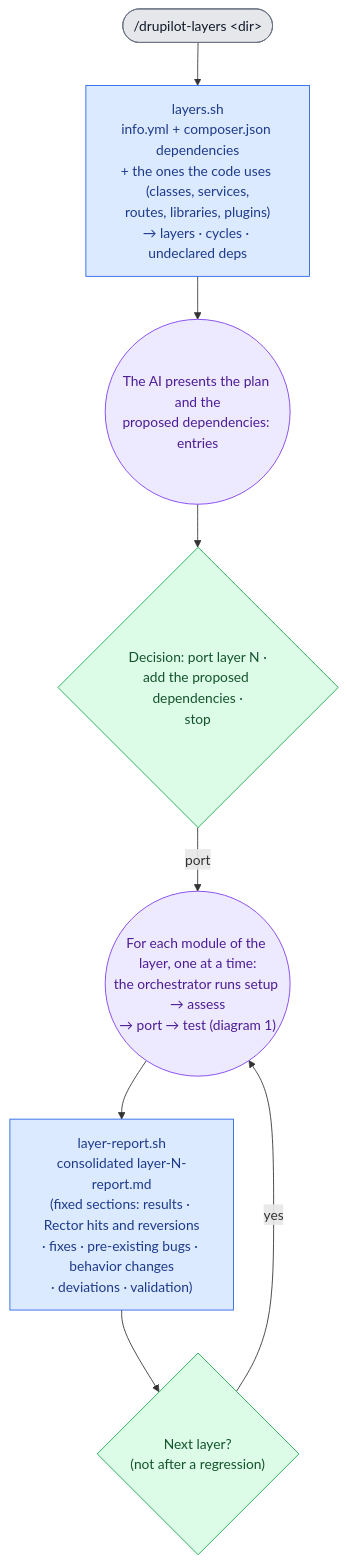
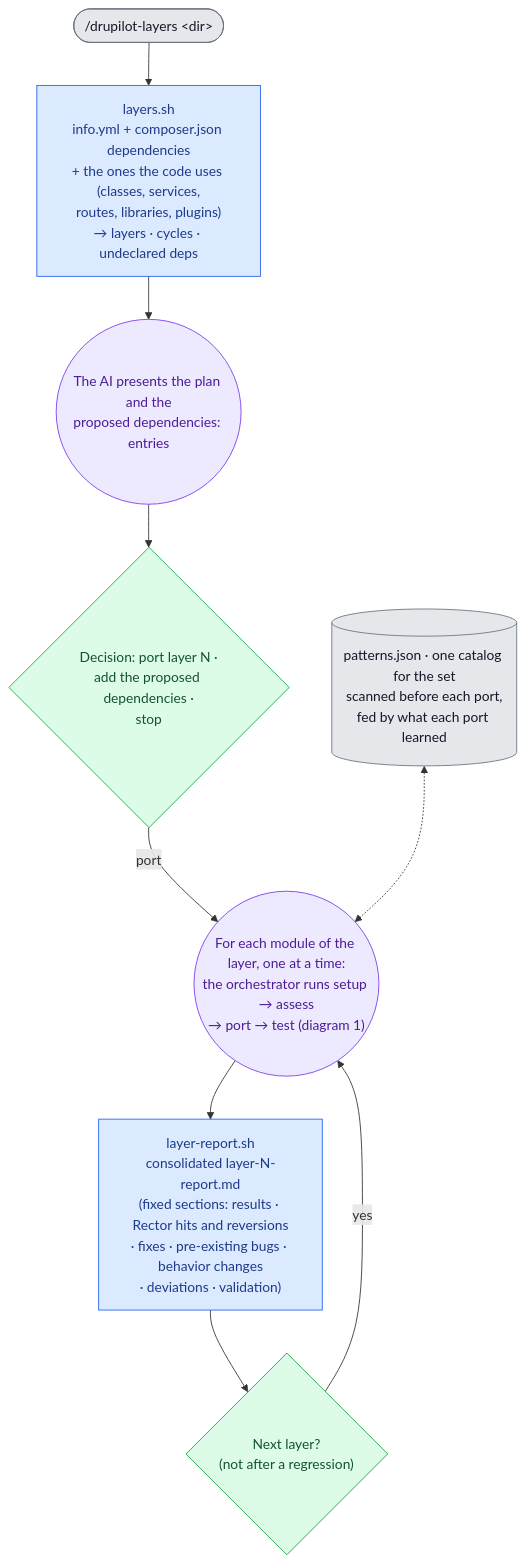
Before and after one commit to thebrokenbrain/drupilot: the fifth of 5 diagrams in FLOW.md, drawn with Mermaid. The commit also changed other lines of this file and 14 other files, not shown here.

First line of the commit message:
feat: learn port pitfalls into a per-project pattern catalog

````diff
--- a/FLOW.md
+++ b/FLOW.md
@@ -229,19 +232,21 @@
 ```mermaid
 flowchart TD
     L0(["/drupilot-layers &lt;dir&gt;"]):::result
     LS["layers.sh<br/>info.yml + composer.json dependencies<br/>+ the ones the code uses (classes, services,<br/>routes, libraries, plugins)<br/>→ layers · cycles · undeclared deps"]:::script
     LAI(("The AI presents the plan and the<br/>proposed dependencies: entries")):::ai
     LD{"Decision: port layer N ·<br/>add the proposed dependencies ·<br/>stop"}:::human
     LP(("For each module of the layer, one at a time:<br/>the orchestrator runs setup → assess<br/>→ port → test (diagram 1)")):::ai
+    LC[("patterns.json · one catalog for the set<br/>scanned before each port,<br/>fed by what each port learned")]:::result
     LR["layer-report.sh<br/>consolidated layer-N-report.md<br/>(fixed sections: results · Rector hits and reversions<br/>· fixes · pre-existing bugs · behavior changes<br/>· deviations · validation)"]:::script
     LN{"Next layer?<br/>(not after a regression)"}:::human
 
     L0 --> LS --> LAI --> LD
     LD -->|port| LP --> LR --> LN
     LN -->|yes| LP
+    LC <-.-> LP
 
     classDef script fill:#dbeafe,stroke:#2563eb,color:#1e3a8a;
     classDef ai fill:#ede9fe,stroke:#7c3aed,color:#4c1d95;
     classDef human fill:#dcfce7,stroke:#16a34a,color:#14532d;
     classDef result fill:#e5e7eb,stroke:#6b7280,color:#111827;
 ```
````
